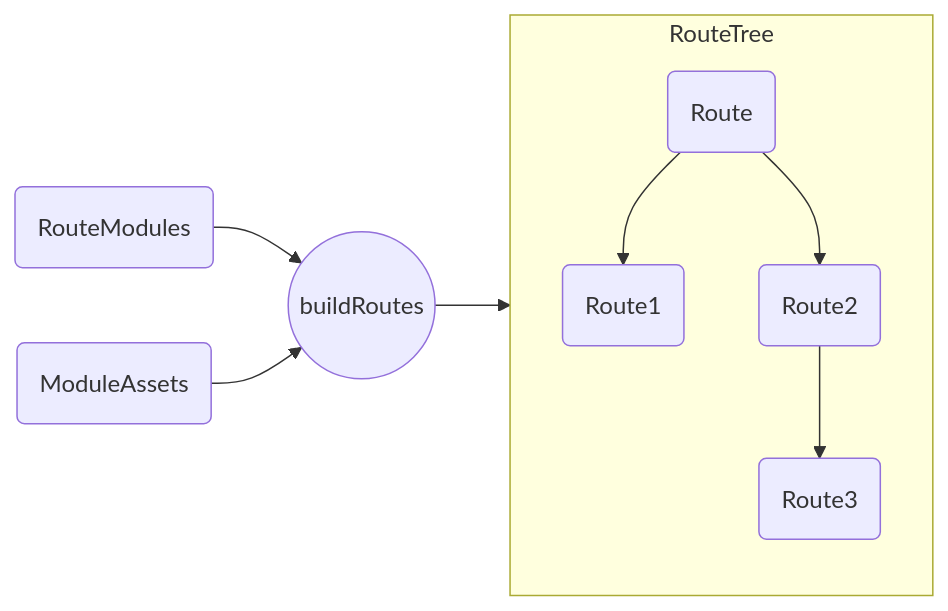
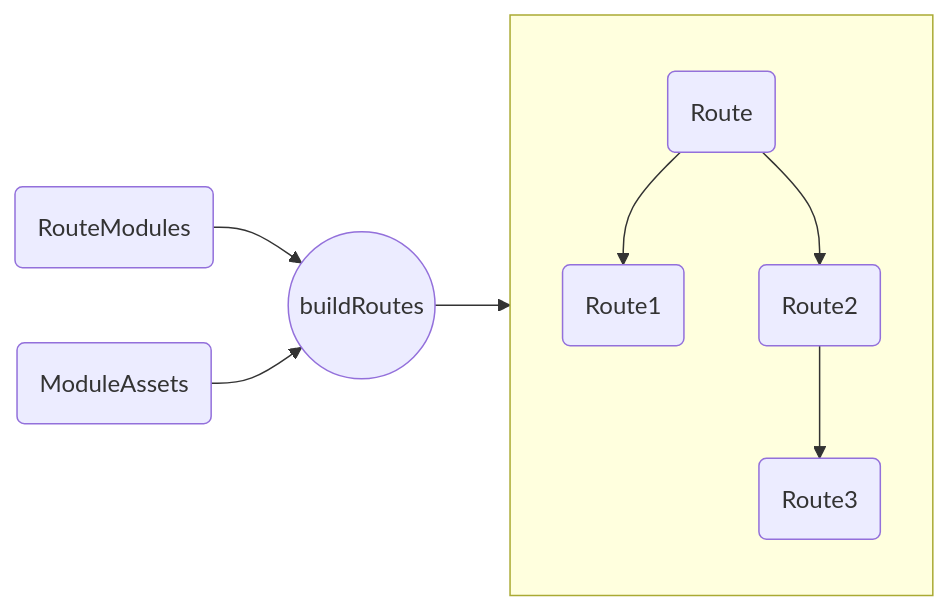
One commit to eu-ge-ne/enrouter changed the first of 3 diagrams in apps/web/src/app/docs/architecture/content.md. Above: the diagram before and after it, drawn with Mermaid. The commit also changed other lines of this file and 24 other files, not shown here.

````diff
--- a/apps/web/src/app/docs/architecture/content.md
+++ b/apps/web/src/app/docs/architecture/content.md
@@ -5,21 +5,20 @@
 ```mermaid
 graph LR;
   RM(RouteModules)
   MA(ModuleAssets)
   BR((buildRoutes))
-  subgraph R [RouteTree]
-    direction TB
+  subgraph RTT [" "]
     RT(Route)
     RT1(Route1)
     RT2(Route2)
     RT3(Route3)
 
     RT-->RT1
     RT-->RT2
     RT2-->RT3
   end
 
   RM-->BR
   MA-->BR
-  BR-->R
+  BR-->RTT
 ```
````
